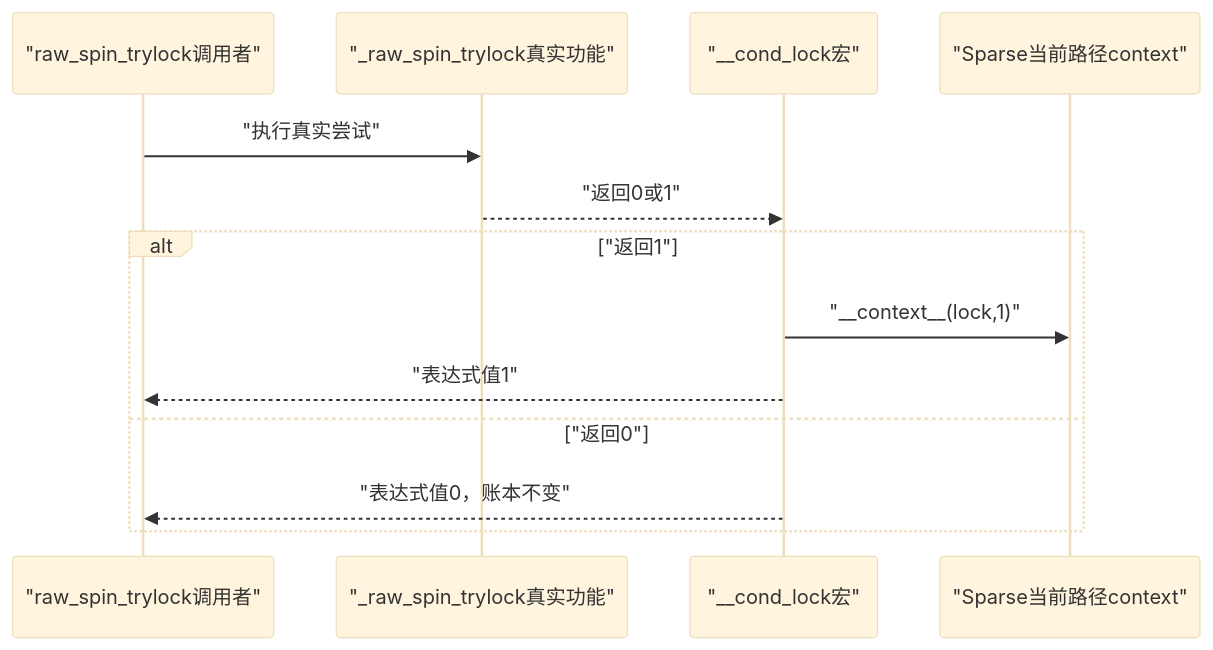
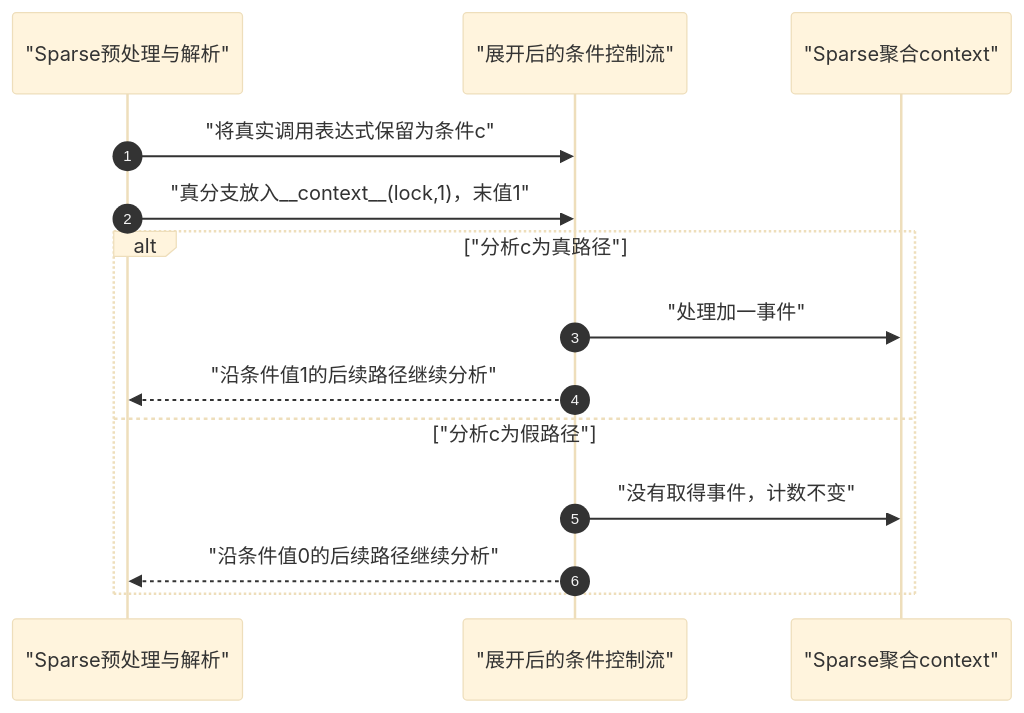
The second of 3 diagrams in research/source_reading/compiler_annotations/source_explanations/P01_Linux_6.12_compiler_types注解宏源码实现.md (FormingSystem/linux_note), drawn with Mermaid (base theme) before and after one commit. The commit also changed other lines of this file and 20 other files, not shown here.

````diff
--- a/research/source_reading/compiler_annotations/source_explanations/P01_Linux_6.12_compiler_types注解宏源码实现.md
+++ b/research/source_reading/compiler_annotations/source_explanations/P01_Linux_6.12_compiler_types注解宏源码实现.md
@@ -191,16 +193,17 @@
 ```mermaid
 sequenceDiagram
-    participant C as "raw_spin_trylock调用者"
-    participant F as "_raw_spin_trylock真实功能"
-    participant M as "__cond_lock宏"
-    participant S as "Sparse当前路径context"
+    autonumber
+    participant P as "Sparse预处理与解析"
+    participant C as "展开后的条件控制流"
+    participant S as "Sparse聚合context"
 
-    C->>F: "执行真实尝试"
-    F-->>M: "返回0或1"
-    alt "返回1"
-        M->>S: "__context__(lock,1)"
-        M-->>C: "表达式值1"
-    else "返回0"
-        M-->>C: "表达式值0，账本不变"
+    P->>C: "将真实调用表达式保留为条件c"
+    P->>C: "真分支放入__context__(lock,1)，末值1"
+    alt "分析c为真路径"
+        C->>S: "处理加一事件"
+        C-->>P: "沿条件值1的后续路径继续分析"
+    else "分析c为假路径"
+        C->>S: "没有取得事件，计数不变"
+        C-->>P: "沿条件值0的后续路径继续分析"
     end
 ```
````
